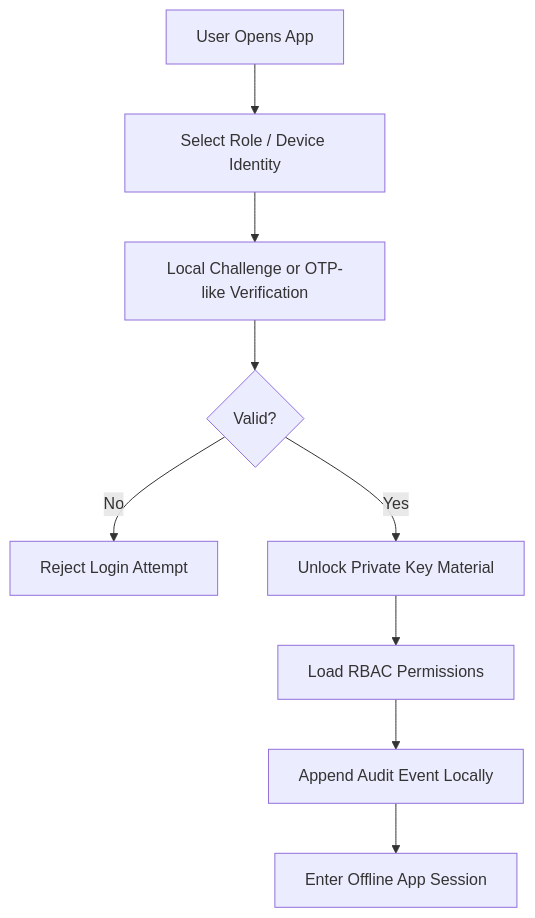
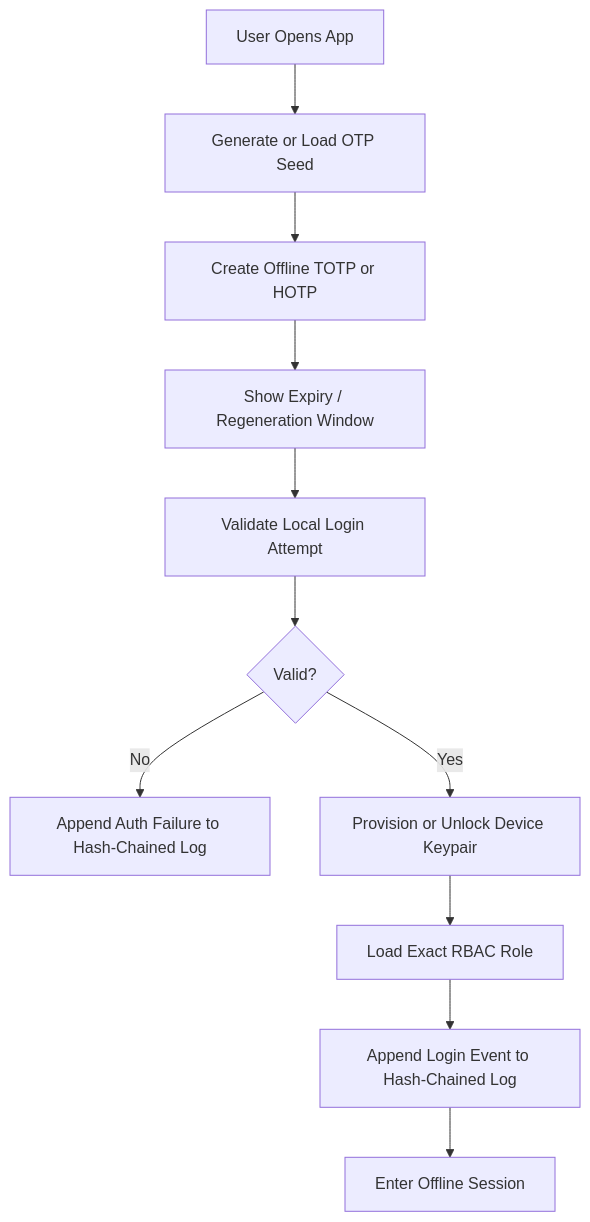
Before and after one commit to Seyamalam/hackfusion_huntrix: the third of 10 diagrams in docs/architecture.md, drawn with Mermaid. The commit also changed other lines of this file and 1 other file, not shown here.

````diff
--- a/docs/architecture.md
+++ b/docs/architecture.md
@@ -162,11 +180,13 @@
 ```mermaid
 flowchart TD
-    A[User Opens App] --> B[Select Role / Device Identity]
-    B --> C[Local Challenge or OTP-like Verification]
-    C --> D{Valid?}
-    D -- No --> E[Reject Login Attempt]
-    D -- Yes --> F[Unlock Private Key Material]
-    F --> G[Load RBAC Permissions]
-    G --> H[Append Audit Event Locally]
-    H --> I[Enter Offline App Session]
+    A[User Opens App] --> B[Generate or Load OTP Seed]
+    B --> C[Create Offline TOTP or HOTP]
+    C --> D[Show Expiry / Regeneration Window]
+    D --> E[Validate Local Login Attempt]
+    E --> F{Valid?}
+    F -- No --> G[Append Auth Failure to Hash-Chained Log]
+    F -- Yes --> H[Provision or Unlock Device Keypair]
+    H --> I[Load Exact RBAC Role]
+    I --> J[Append Login Event to Hash-Chained Log]
+    J --> K[Enter Offline Session]
 ```
````
